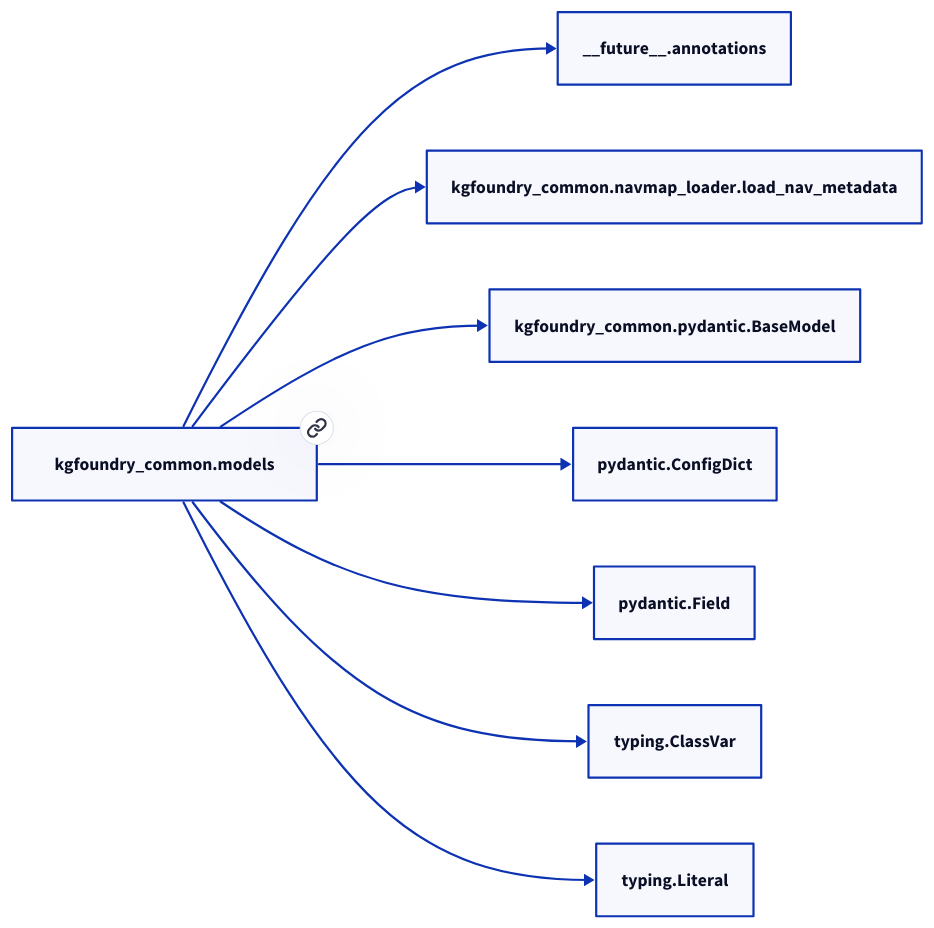
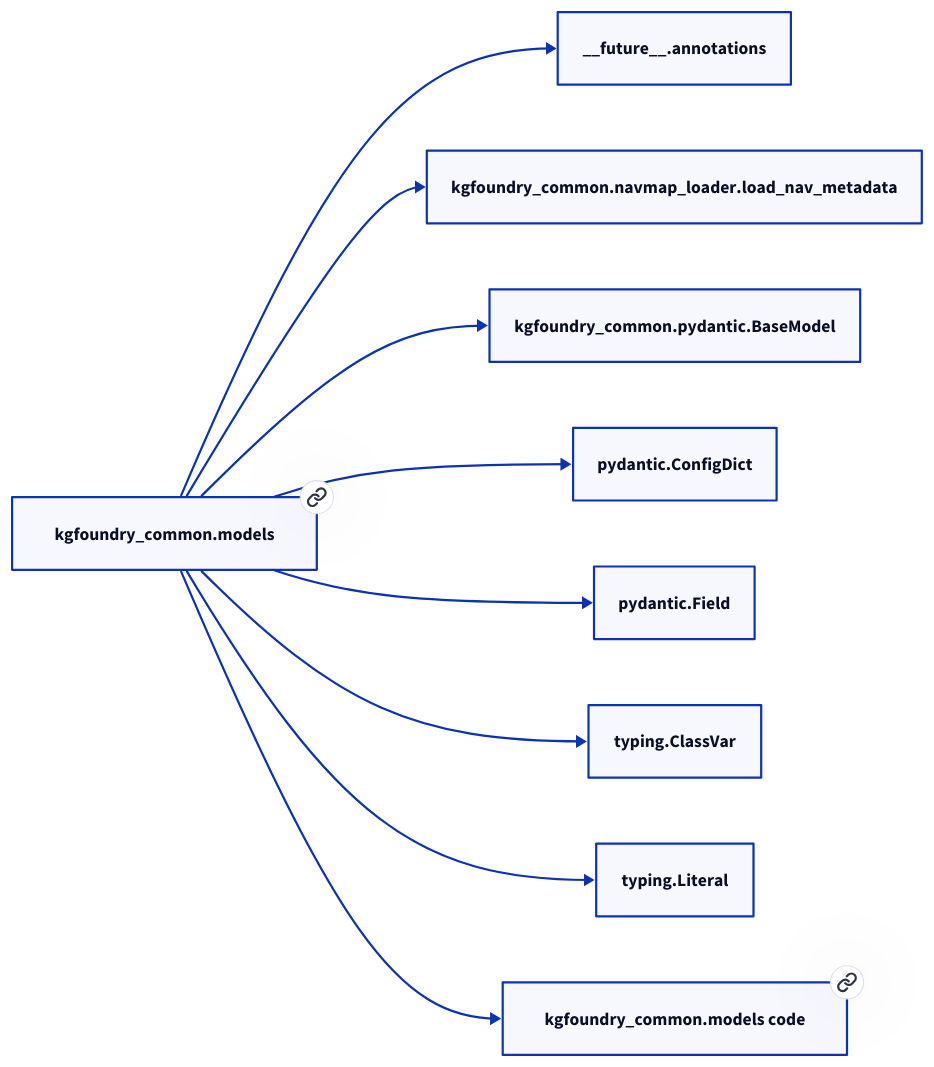
The second of 2 diagrams in docs/modules/kgfoundry_common/models.md (paul-heyse/kgforge), drawn with D2 before and after one commit. The commit also changed other lines of this file and 319 other files, not shown here.

````diff
--- a/docs/modules/kgfoundry_common/models.md
+++ b/docs/modules/kgfoundry_common/models.md
@@ -62,18 +64,20 @@
 ```d2
 direction: right
-"kgfoundry_common.models": "kgfoundry_common.models" { link: "models.md" }
+"kgfoundry_common.models": "kgfoundry_common.models" { link: "./kgfoundry_common/models.md" }
 "__future__.annotations": "__future__.annotations"
 "kgfoundry_common.models" -> "__future__.annotations"
 "kgfoundry_common.navmap_loader.load_nav_metadata": "kgfoundry_common.navmap_loader.load_nav_metadata"
 "kgfoundry_common.models" -> "kgfoundry_common.navmap_loader.load_nav_metadata"
 "kgfoundry_common.pydantic.BaseModel": "kgfoundry_common.pydantic.BaseModel"
 "kgfoundry_common.models" -> "kgfoundry_common.pydantic.BaseModel"
 "pydantic.ConfigDict": "pydantic.ConfigDict"
 "kgfoundry_common.models" -> "pydantic.ConfigDict"
 "pydantic.Field": "pydantic.Field"
 "kgfoundry_common.models" -> "pydantic.Field"
 "typing.ClassVar": "typing.ClassVar"
 "kgfoundry_common.models" -> "typing.ClassVar"
 "typing.Literal": "typing.Literal"
 "kgfoundry_common.models" -> "typing.Literal"
+"kgfoundry_common.models_code": "kgfoundry_common.models code" { link: "https://github.com/kgfoundry/kgfoundry/blob/main/src/kgfoundry_common/models.py" }
+"kgfoundry_common.models" -> "kgfoundry_common.models_code" { style: dashed }
 ```
````
